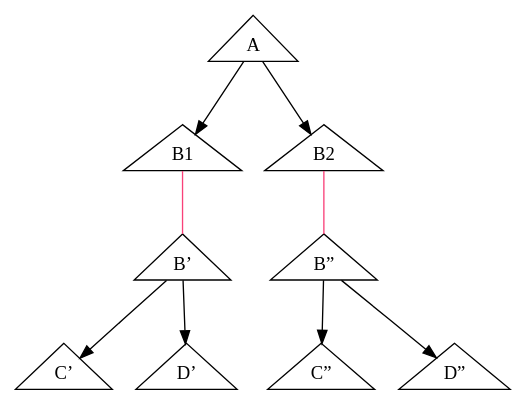
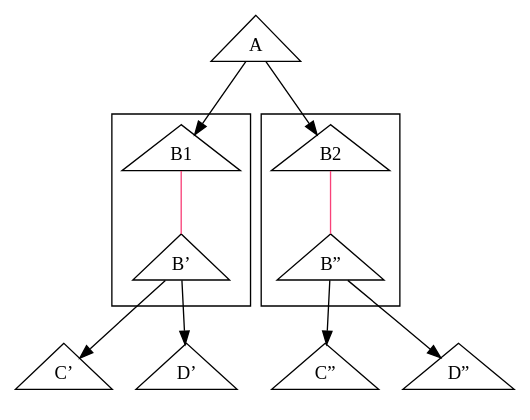
Before and after one commit to bendr/bender: the diagram in spec/fig/view-stack-2.gv, drawn with Graphviz. The commit also changed 10 other files, not shown here.

```diff
--- a/spec/fig/view-stack-2.gv
+++ b/spec/fig/view-stack-2.gv
@@ -1,24 +1,27 @@
 digraph tree {
   node [fontname="Avenir Next"];
   edge [fontname="Avenir Next"];
 
   VA [label="A" shape=triangle]
   VB1 [label="B1" shape=triangle]
   VB2 [label="B2" shape=triangle]
   VB_ [label="B’" shape=triangle]
   VC_ [label="C’" shape=triangle]
   VD_ [label="D’" shape=triangle]
   VB__ [label="B”" shape=triangle]
   VC__ [label="C”" shape=triangle]
   VD__ [label="D”" shape=triangle]
 
   VA -> VB1
   VA -> VB2
   VB1 -> VB_ [dir=none, color="#f94179"]
   VB2 -> VB__ [dir=none, color="#f94179"]
   VB_ -> VC_
   VB_ -> VD_
   VB__ -> VC__
   VB__ -> VD__
 
+  subgraph cluster1 { VB1; VB_ }
+  subgraph cluster2 { VB2; VB__ }
+
 }
```
